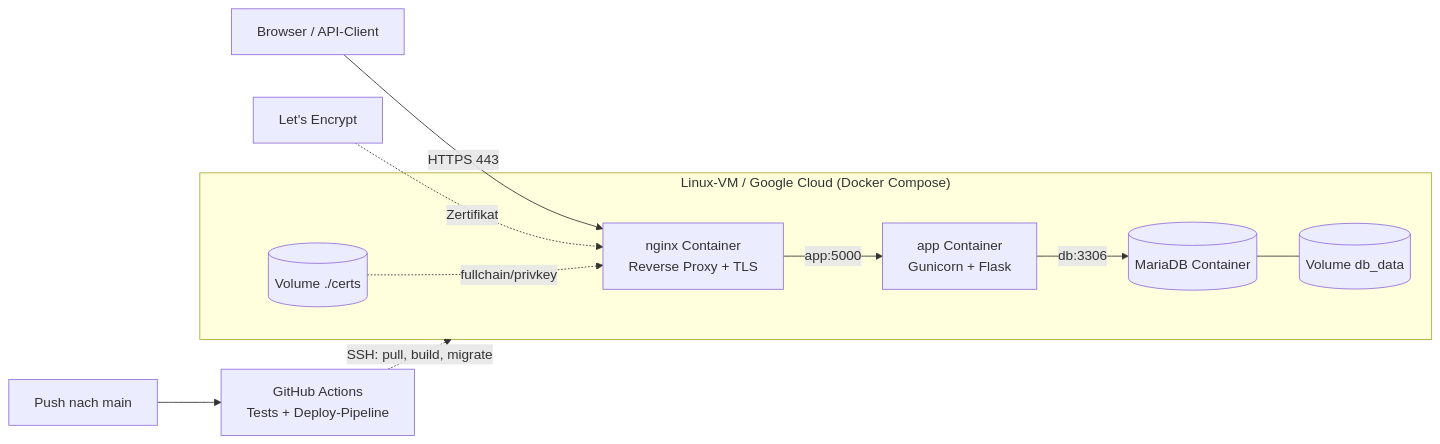
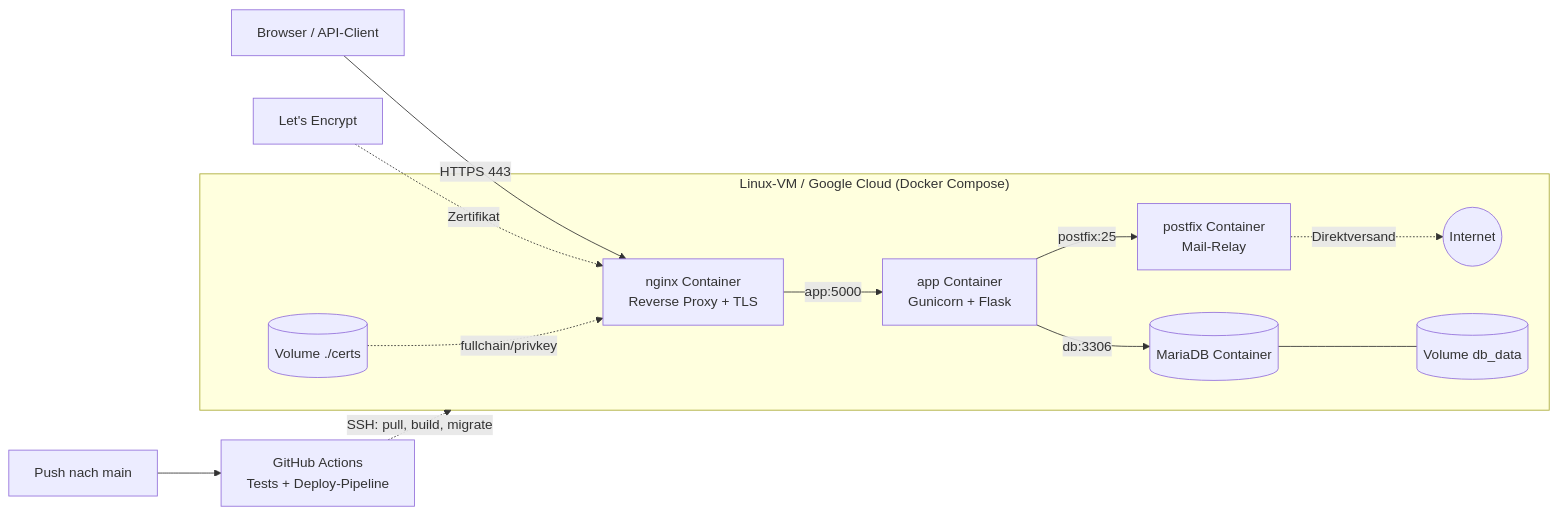
One commit to harpf/FlightDeck-DG-Hub changed the fourth of 4 diagrams in docs/PRAXISARBEIT.md. Above: the diagram before and after it, drawn with Mermaid. The commit also changed other lines of this file and 2 other files, not shown here.

First line of the commit message:
docs: document Postfix mail feature and the nginx upstream-caching fix

````diff
--- a/docs/PRAXISARBEIT.md
+++ b/docs/PRAXISARBEIT.md
@@ -346,13 +351,15 @@
 ```mermaid
 flowchart LR
     dev[Push nach main] --> gha[GitHub Actions\nTests + Deploy-Pipeline]
     gha -. SSH: pull, build, migrate .-> Host
     client[Browser / API-Client] -->|HTTPS 443| nginx
     le[Let's Encrypt] -. Zertifikat .-> nginx
     subgraph Host["Linux-VM / Google Cloud (Docker Compose)"]
         nginx[nginx Container\nReverse Proxy + TLS] -->|app:5000| app[app Container\nGunicorn + Flask]
         app -->|db:3306| db[(MariaDB Container)]
+        app -->|postfix:25| postfix[postfix Container\nMail-Relay]
+        postfix -.->|Direktversand| internet((Internet))
         db --- vol[(Volume db_data)]
         certs[(Volume ./certs)] -. fullchain/privkey .-> nginx
     end
 ```
````
